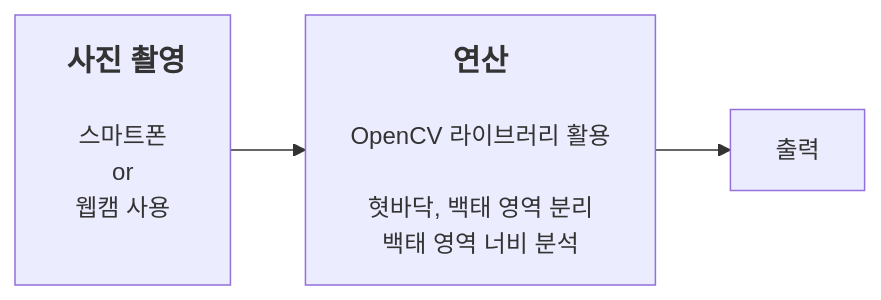
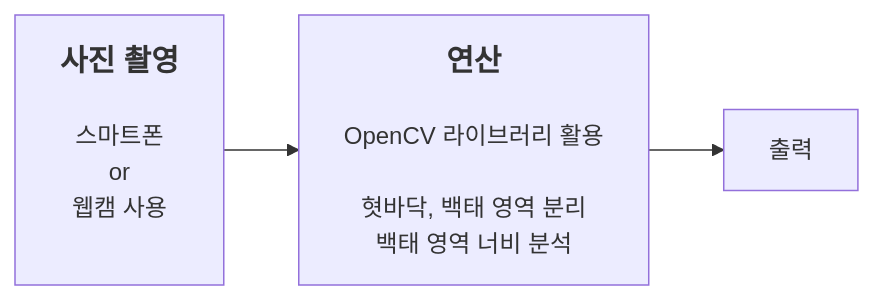
Before and after one commit to 201710808/-p: the diagram in Readme.md, drawn with Mermaid.

````diff
--- a/Readme.md
+++ b/Readme.md
@@ -3,5 +3,5 @@
 ```mermaid
 graph LR
-A[&nbsp;<b><span style='font-size:20px'>사진 촬영</span></b><br><br>스마트폰\nor\n웹캠 사용<br><br>]-->B[<b><span style='font-size:20px'>연산</span></b><br><br>OpenCV 라이브러리 활용<br><br>혓바닥, 백태 영역 분리<br>백태 영역 너비 분석]
+A[<b><span style='font-size:20px'>사진 촬영</span></b><br><br>스마트폰\nor\n웹캠 사용<br><br>]-->B[<b><span style='font-size:20px'>연산</span></b><br><br>OpenCV 라이브러리 활용<br><br>혓바닥, 백태 영역 분리<br>백태 영역 너비 분석]
 B-->C[출력]
 ```
````
